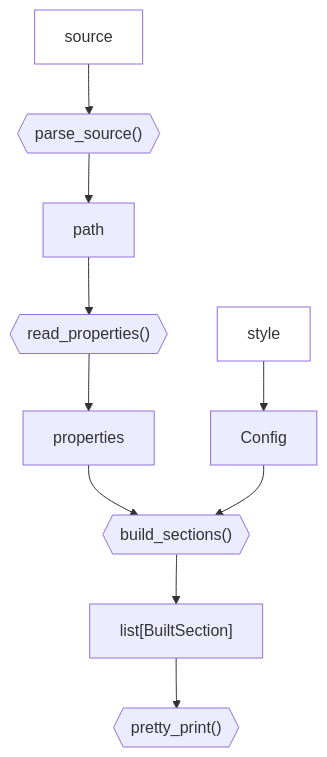
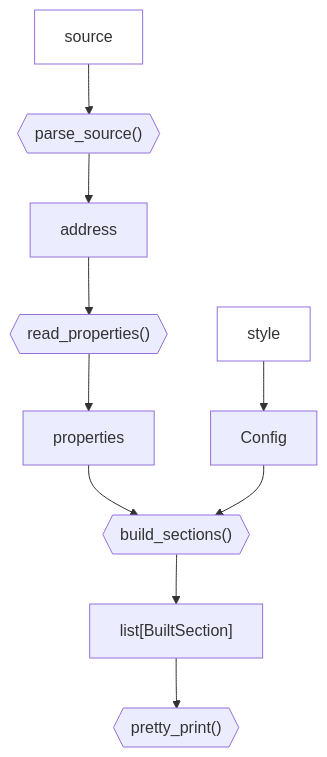
One commit to seedcase-project/seedcase-flower changed the second of 2 diagrams in docs/design/interface/python.qmd. Above: the diagram before and after it, drawn with Mermaid. The commit also changed other lines of this file and 2 other files, not shown here.

Commit message:
docs: :memo: correct outdated parts of diagrams (#293)
# Description

Fixes some outdated diagram nodes. More could be done in a follow up PR
after a discussion in
https://github.com/seedcase-project/guidebook/issues/131

Needs a quick review.

## Checklist

- [x] Ran `just run-all`

---------

````diff
--- a/docs/design/interface/python.qmd
+++ b/docs/design/interface/python.qmd
@@ -92,12 +92,12 @@
 ```{mermaid}
 %%| label: fig-python-view-flow
 %%| fig-cap: "Diagram of the internal flow of functions and objects in the `view()` CLI function."
 flowchart TD
-    source:::input --> parse_source{{"parse_source()"}} --> path
+    source:::input --> parse_source{{"parse_source()"}} --> address
     style_cfg[style]:::input --> Config
-    path --> read_properties{{"read_properties()"}} --> properties
+    address --> read_properties{{"read_properties()"}} --> properties
     properties & Config --> build_sections{{"build_sections()"}} --> output["list[BuiltSection]"]
     output --> pretty_print{{"pretty_print()"}}
 
     classDef input fill:#FFF
 ```
````
